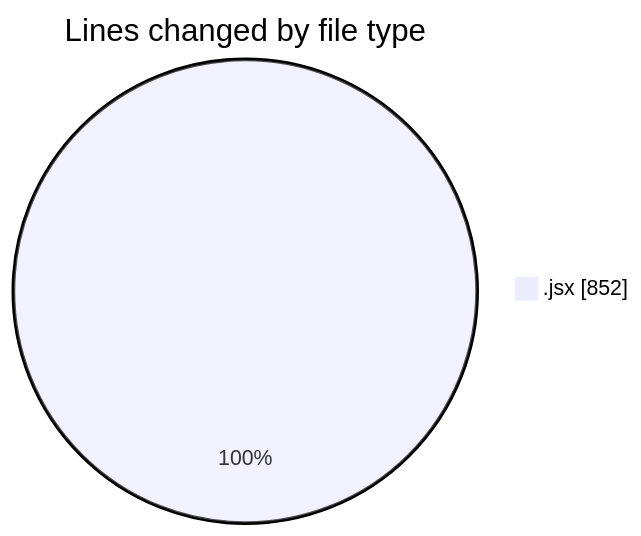
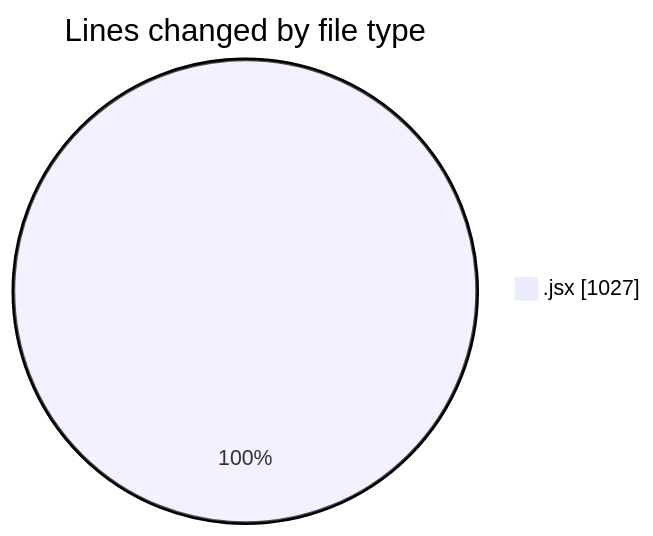
One commit to nxtqubesakshisongat/code-tracking changed the first of 2 diagrams in 2025-08-22/nxtqube_webapp/README.md. Above: the diagram before and after it, drawn with Mermaid. The commit also changed other lines of this file and 1 other file, not shown here.

````diff
--- a/2025-08-22/nxtqube_webapp/README.md
+++ b/2025-08-22/nxtqube_webapp/README.md
@@ -20,5 +20,5 @@
 ```mermaid
 pie showData
 title Lines changed by file type
-".jsx" : 852
+".jsx" : 1027
 ```
````
